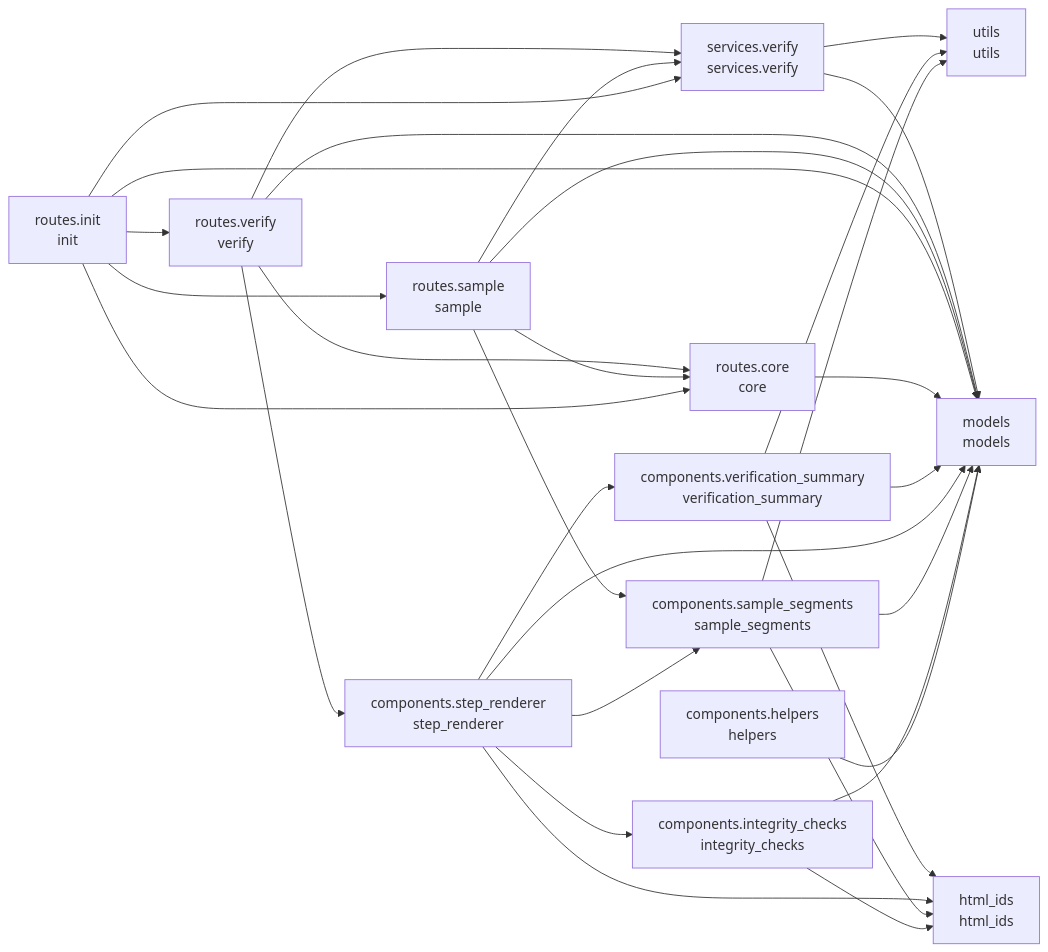
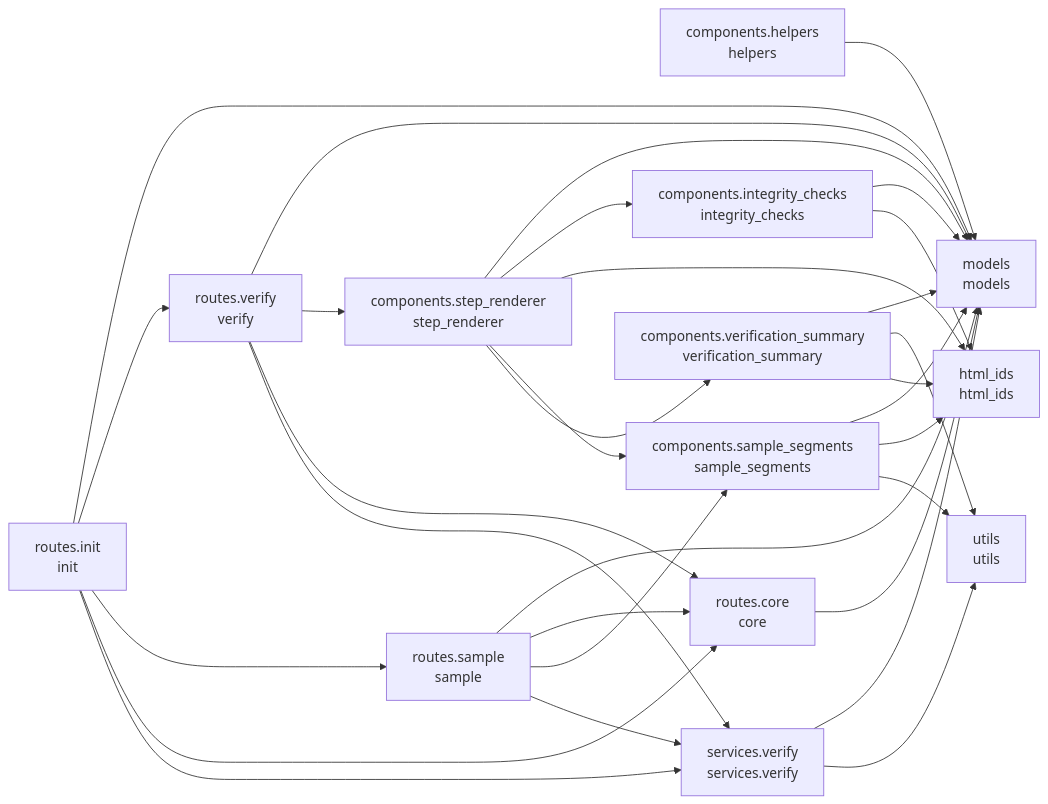
Before and after one commit to cj-mills/cjm-transcript-verify: the diagram in README.md, drawn with Mermaid. The commit also changed other lines of this file and 10 other files, not shown here.

````diff
--- a/README.md
+++ b/README.md
@@ -36,47 +36,47 @@
 ``` mermaid
 graph LR
     components_helpers[components.helpers<br/>helpers]
     components_integrity_checks[components.integrity_checks<br/>integrity_checks]
     components_sample_segments[components.sample_segments<br/>sample_segments]
     components_step_renderer[components.step_renderer<br/>step_renderer]
     components_verification_summary[components.verification_summary<br/>verification_summary]
     html_ids[html_ids<br/>html_ids]
     models[models<br/>models]
     routes_core[routes.core<br/>core]
     routes_init[routes.init<br/>init]
     routes_sample[routes.sample<br/>sample]
     routes_verify[routes.verify<br/>verify]
     services_verify[services.verify<br/>services.verify]
     utils[utils<br/>utils]
 
     components_helpers --> models
+    components_integrity_checks --> models
     components_integrity_checks --> html_ids
-    components_integrity_checks --> models
+    components_sample_segments --> models
     components_sample_segments --> html_ids
-    components_sample_segments --> models
     components_sample_segments --> utils
+    components_step_renderer --> models
+    components_step_renderer --> components_integrity_checks
     components_step_renderer --> html_ids
+    components_step_renderer --> components_sample_segments
     components_step_renderer --> components_verification_summary
-    components_step_renderer --> models
-    components_step_renderer --> components_sample_segments
-    components_step_renderer --> components_integrity_checks
+    components_verification_summary --> models
+    components_verification_summary --> utils
     components_verification_summary --> html_ids
-    components_verification_summary --> utils
-    components_verification_summary --> models
     routes_core --> models
-    routes_init --> services_verify
     routes_init --> models
+    routes_init --> routes_verify
     routes_init --> routes_sample
     routes_init --> routes_core
-    routes_init --> routes_verify
+    routes_init --> services_verify
+    routes_sample --> models
+    routes_sample --> routes_core
+    routes_sample --> components_sample_segments
     routes_sample --> services_verify
-    routes_sample --> components_sample_segments
-    routes_sample --> routes_core
-    routes_sample --> models
-    routes_verify --> services_verify
+    routes_verify --> models
     routes_verify --> components_step_renderer
     routes_verify --> routes_core
-    routes_verify --> models
+    routes_verify --> services_verify
+    services_verify --> models
     services_verify --> utils
-    services_verify --> models
 ```
````
